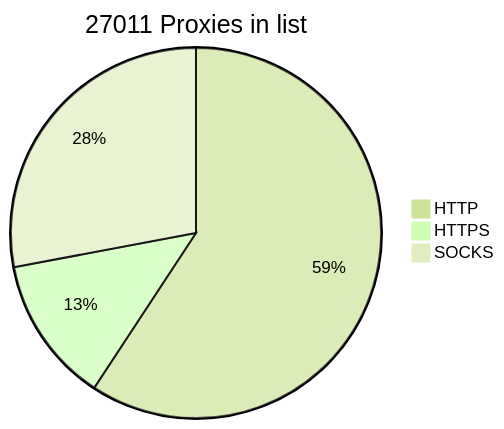
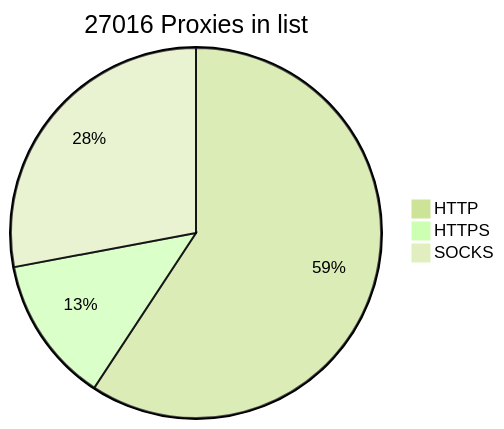
The diagram in README.md (BlackSnowDot/proxylist-update-every-minute), drawn with Mermaid (forest theme) before and after one commit. The commit also changed other lines of this file, not shown here.

````diff
--- a/README.md
+++ b/README.md
@@ -2,6 +2,6 @@
 ```mermaid
-pie title 27011 Proxies in list
-    "HTTP" : 17617
-    "HTTPS": 3803
+pie title 27016 Proxies in list
+    "HTTP" : 17619
+    "HTTPS": 3804
     "SOCKS" : 8312
 ```
````
